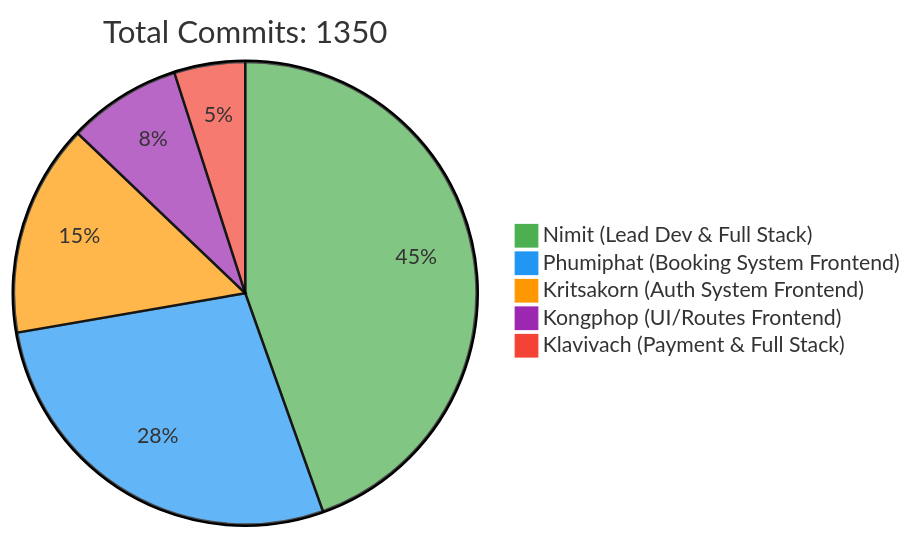
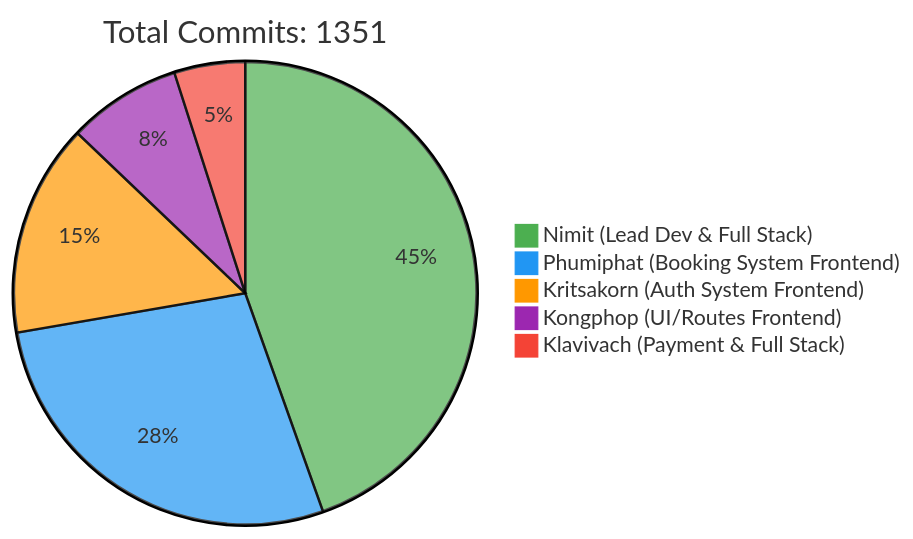
One commit to 6531503042/Sport-Complex changed the first of 2 diagrams in README.md. Above: the diagram before and after it, drawn with Mermaid. The commit also changed other lines of this file, not shown here.

Commit message:
docs: Update contributor statistics [skip ci]

````diff
--- a/README.md
+++ b/README.md
@@ -257,10 +257,10 @@
 ```mermaid
 %%{init: {'theme': 'base', 'themeVariables': { 'pie1': '#4CAF50', 'pie2': '#2196F3', 'pie3': '#FF9800', 'pie4': '#9C27B0', 'pie5': '#F44336'}}}%%
 pie
-    title Total Commits: 1350
+    title Total Commits: 1351
     "Nimit (Lead Dev & Full Stack)" : 450
     "Phumiphat (Booking System Frontend)" : 280
     "Kritsakorn (Auth System Frontend)" : 150
     "Kongphop (UI/Routes Frontend)" : 80
     "Klavivach (Payment & Full Stack)" : 50
 ```
````
